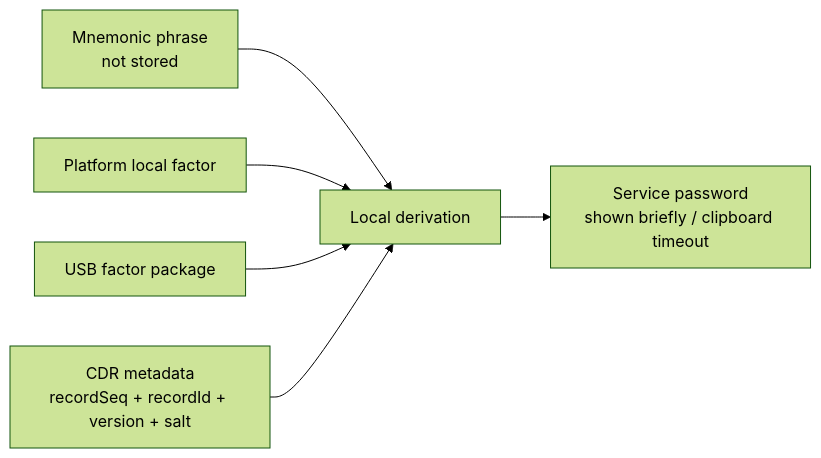
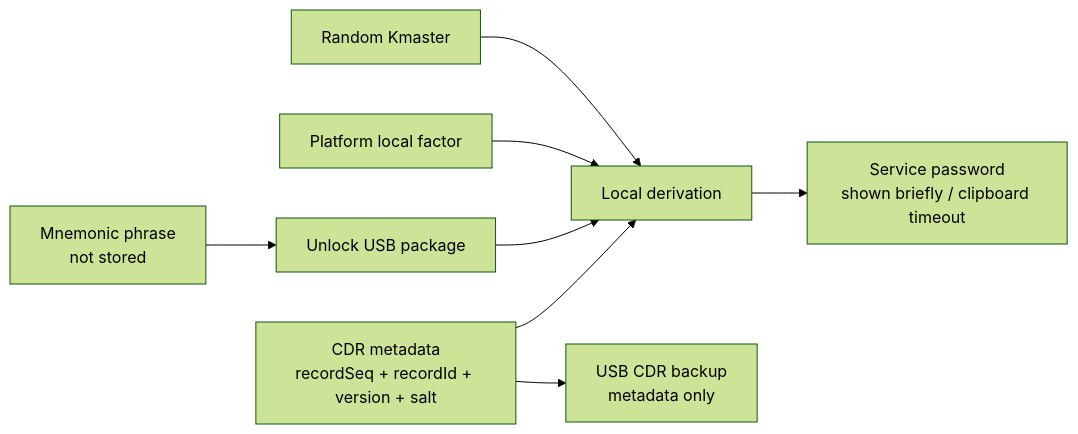
Before and after one commit to ferrarif1/KeyLessPass: the diagram in README.md, drawn with Mermaid (forest theme). The commit also changed other lines of this file and 49 other files, not shown here.

````diff
--- a/README.md
+++ b/README.md
@@ -84,8 +74,10 @@
 ```mermaid
 flowchart LR
-    M["Mnemonic phrase<br/>not stored"] --> D["Local derivation"]
+    M["Mnemonic phrase<br/>not stored"] --> U["Unlock USB package"]
+    K["Random Kmaster"] --> D["Local derivation"]
     L["Platform local factor"] --> D
-    U["USB factor package"] --> D
+    U --> D
     C["CDR metadata<br/>recordSeq + recordId + version + salt"] --> D
     D --> P["Service password<br/>shown briefly / clipboard timeout"]
+    C --> B["USB CDR backup<br/>metadata only"]
 ```
````
